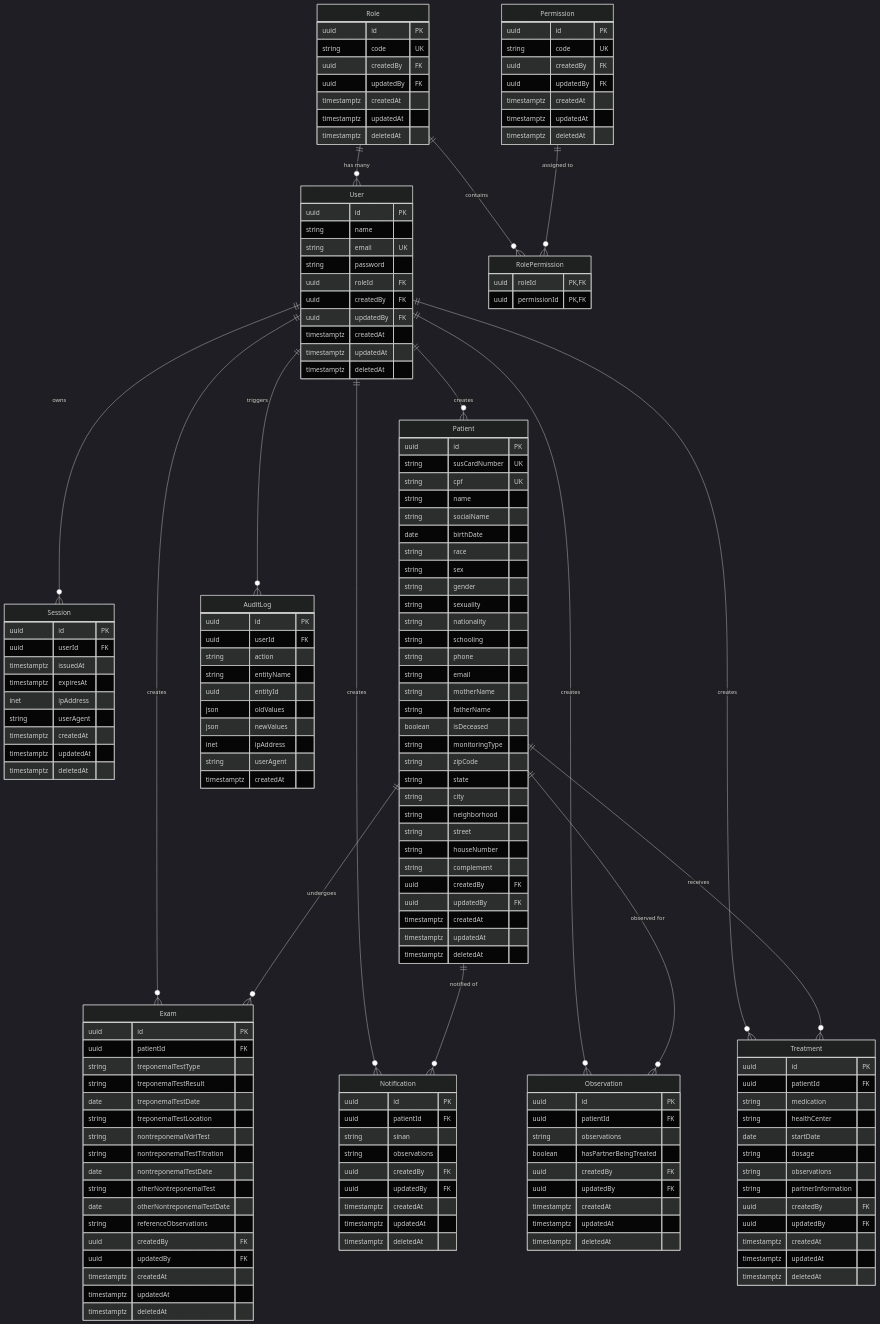
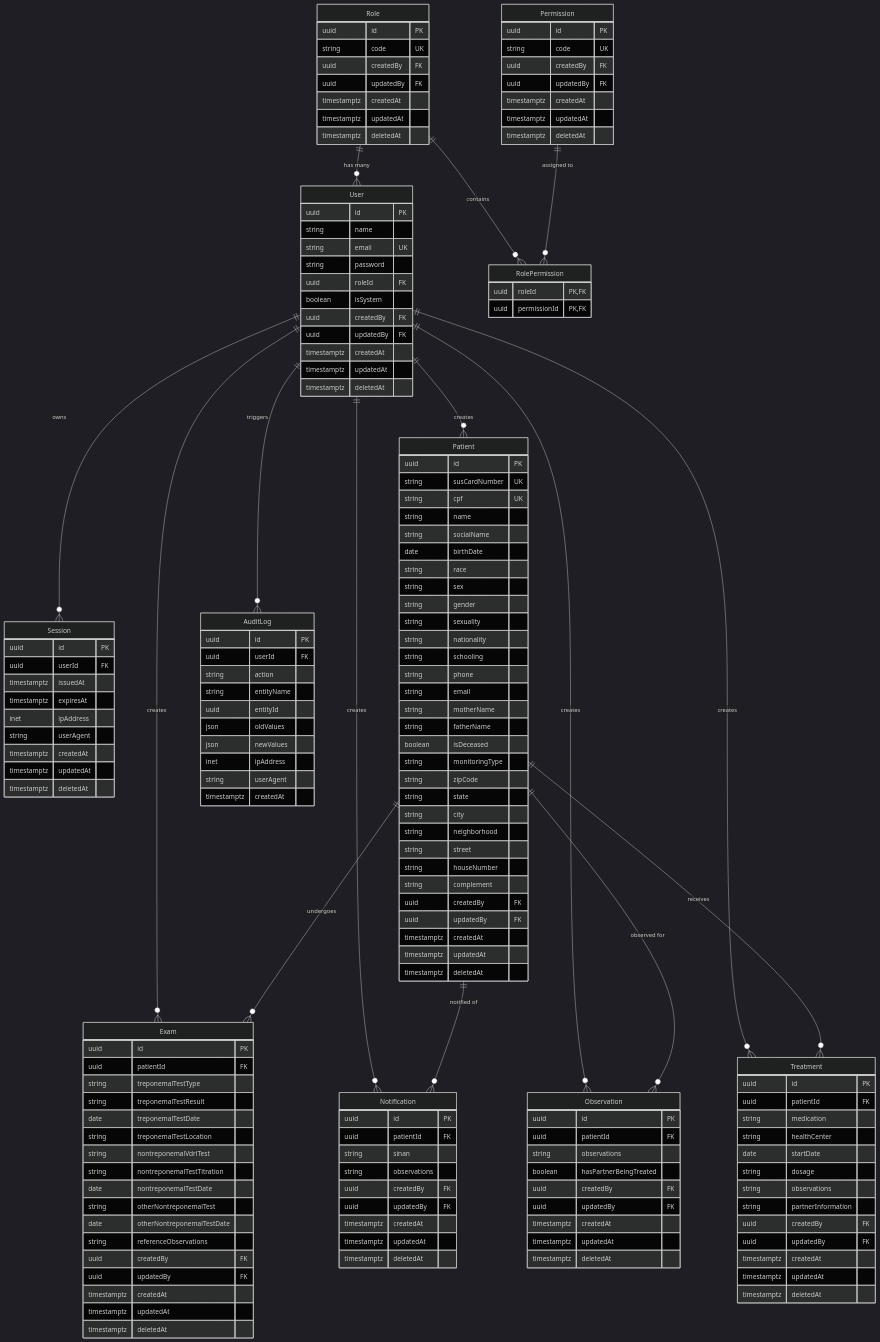
One commit to thiagocrux/simcasi-fullstack changed the diagram in README.md. Above: the diagram before and after it, drawn with Mermaid (dark theme). The commit also changed 7 other files, not shown here.

```diff
--- a/README.md
+++ b/README.md
@@ -510,6 +510,7 @@
         string email UK
         string password
         uuid roleId FK
+        boolean isSystem
         uuid createdBy FK
         uuid updatedBy FK
         timestamptz createdAt
```
